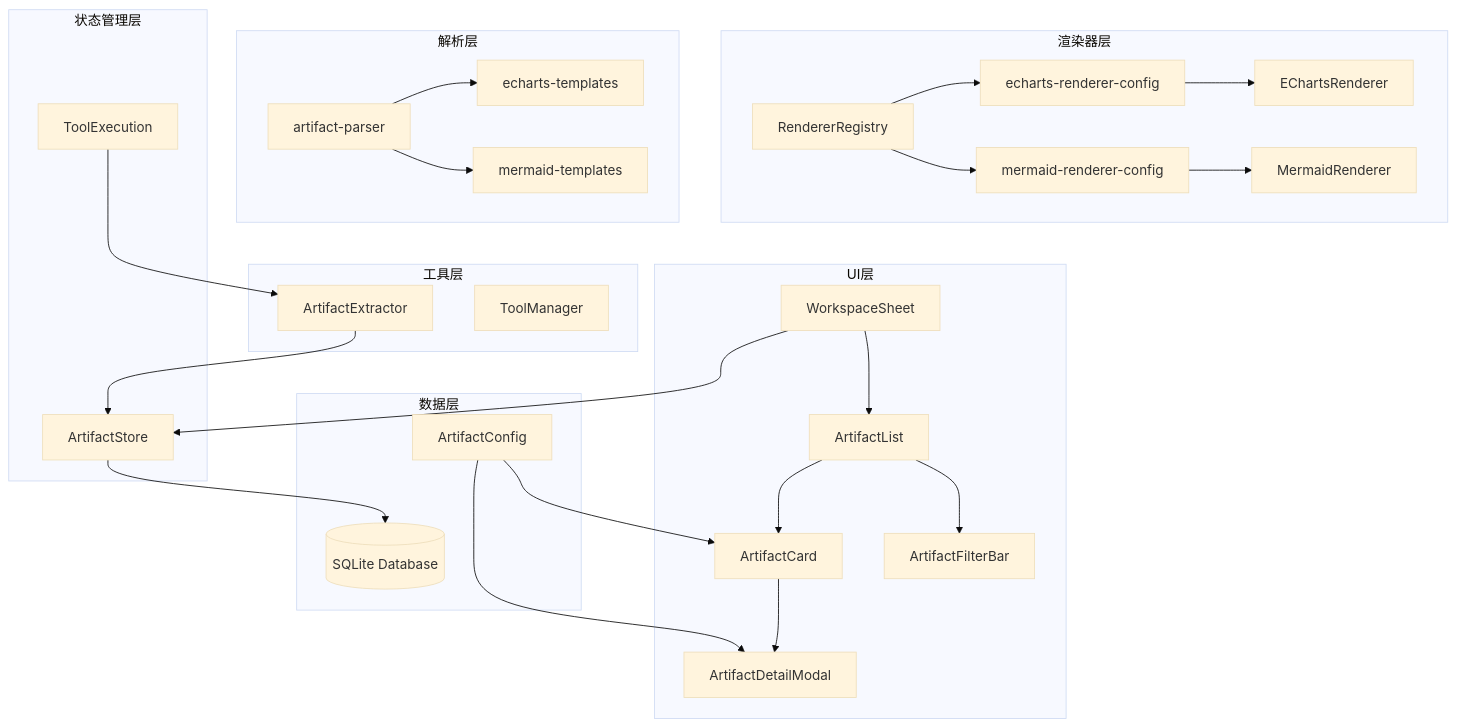
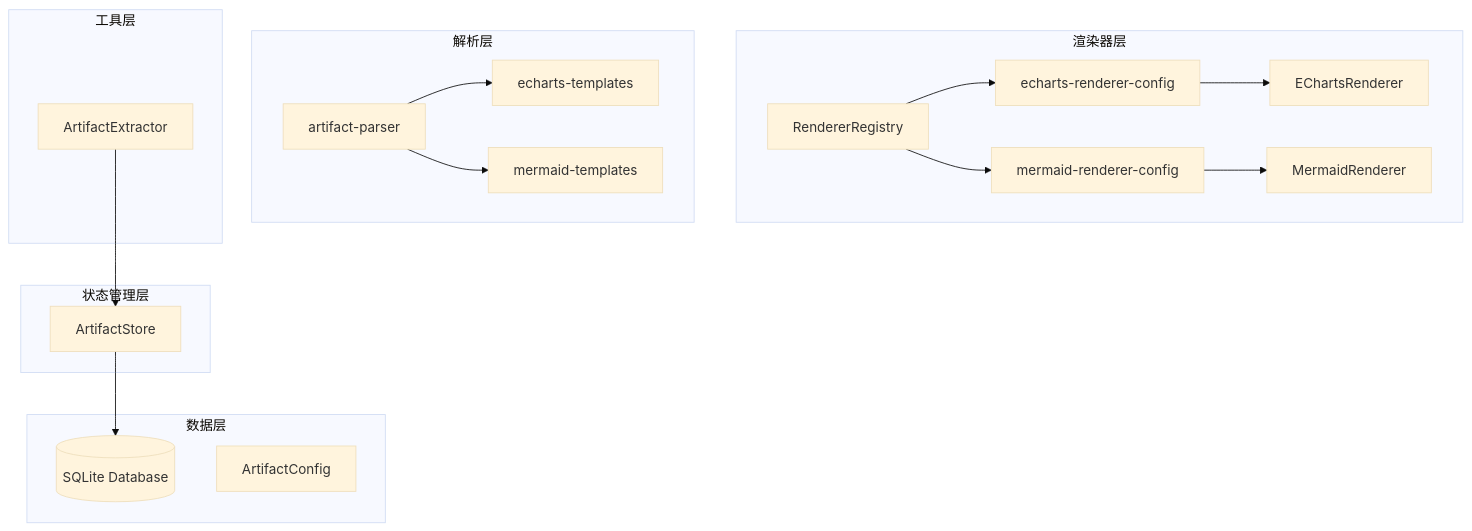
Before and after one commit to NarcisWL/Nexara: the first of 14 diagrams in .qoder/repowiki/zh/content/开发指南/知识管理系统/工件系统实现.md, drawn with Mermaid (base theme). The commit also changed other lines of this file and 10 other files, not shown here.

````diff
--- a/.qoder/repowiki/zh/content/开发指南/知识管理系统/工件系统实现.md
+++ b/.qoder/repowiki/zh/content/开发指南/知识管理系统/工件系统实现.md
@@ -67,50 +62,33 @@
 ```mermaid
 graph TB
 subgraph "渲染器层"
 RR[RendererRegistry]
 EC[echarts-renderer-config]
 MC[mermaid-renderer-config]
 ER[EChartsRenderer]
 MR[MermaidRenderer]
 end
 subgraph "解析层"
 AP[artifact-parser]
 ET[echarts-templates]
 MT[mermaid-templates]
 end
-subgraph "UI层"
-WS[WorkspaceSheet]
-AL[ArtifactList]
-AC[ArtifactCard]
-ADM[ArtifactDetailModal]
-AFB[ArtifactFilterBar]
-end
 subgraph "状态管理层"
 AS[ArtifactStore]
-TS[ToolExecution]
 end
 subgraph "数据层"
 DB[(SQLite Database)]
 ACfg[ArtifactConfig]
 end
 subgraph "工具层"
 AE[ArtifactExtractor]
-TM[ToolManager]
 end
 RR --> EC
 RR --> MC
 EC --> ER
 MC --> MR
 AP --> ET
 AP --> MT
-WS --> AL
-AL --> AC
-AL --> AFB
-AC --> ADM
 AS --> DB
 AE --> AS
-TS --> AE
-WS --> AS
-ACfg --> AC
-ACfg --> ADM
 ```
````
